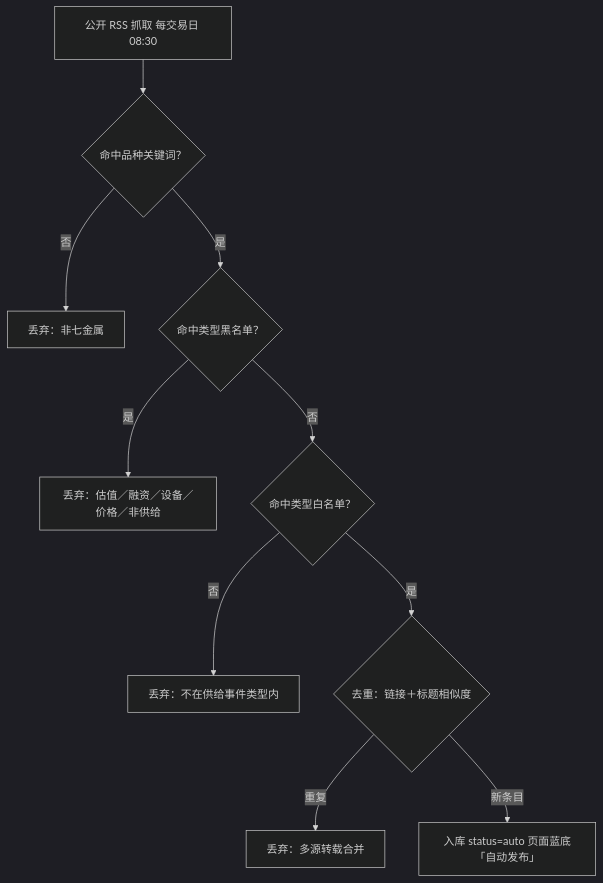
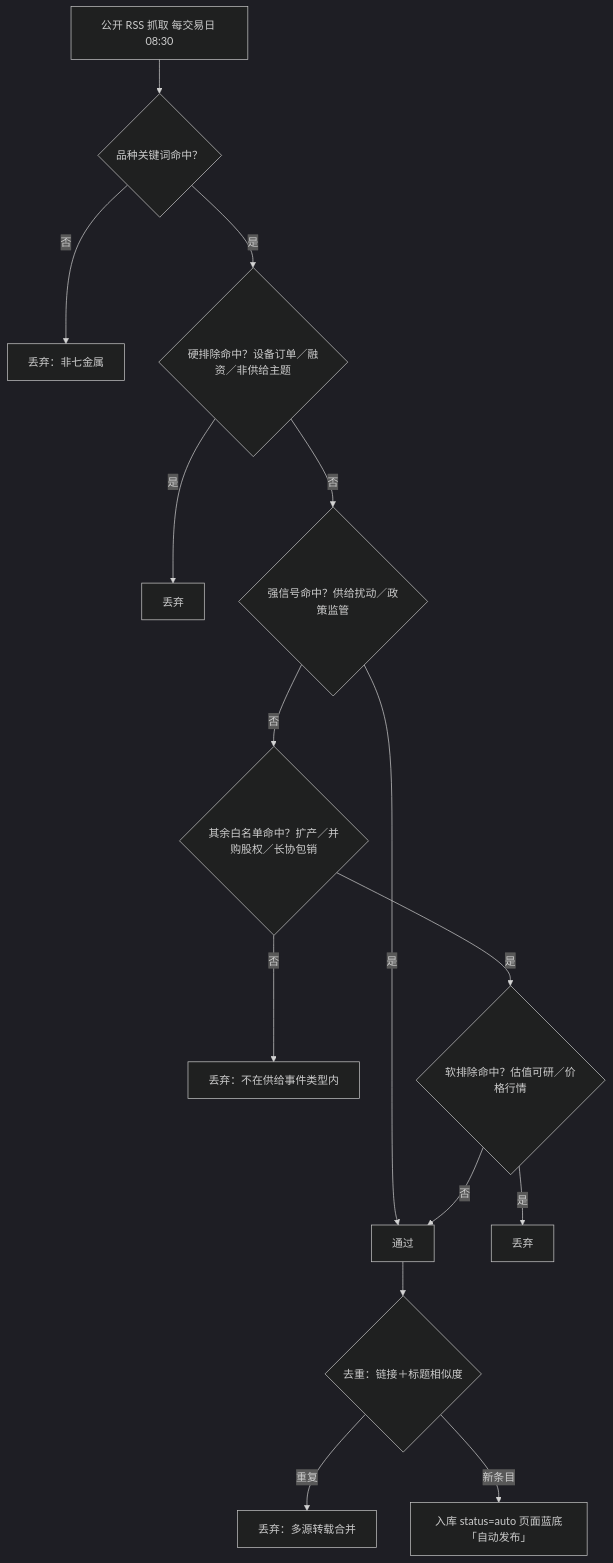
The diagram in 自动更新说明.md (xinyuzhao526-arch/PaiPaiMetals), drawn with Mermaid (dark theme) before and after one commit. The commit also changed other lines of this file and 3 other files, not shown here.

````diff
--- a/自动更新说明.md
+++ b/自动更新说明.md
@@ -62,12 +66,17 @@
 ```mermaid
 flowchart TD
-  A["公开 RSS 抓取 每交易日 08:30"] --> B{"命中品种关键词？"}
+  A["公开 RSS 抓取 每交易日 08:30"] --> B{"品种关键词命中？"}
   B -- "否" --> X["丢弃：非七金属"]
-  B -- "是" --> C{"命中类型黑名单？"}
-  C -- "是" --> Y["丢弃：估值／融资／设备／价格／非供给"]
-  C -- "否" --> D{"命中类型白名单？"}
-  D -- "否" --> Z["丢弃：不在供给事件类型内"]
-  D -- "是" --> E{"去重：链接＋标题相似度"}
-  E -- "重复" --> W["丢弃：多源转载合并"]
-  E -- "新条目" --> F["入库 status=auto 页面蓝底「自动发布」"]
+  B -- "是" --> C{"硬排除命中？设备订单／融资／非供给主题"}
+  C -- "是" --> Y["丢弃"]
+  C -- "否" --> D{"强信号命中？供给扰动／政策监管"}
+  D -- "是" --> F["通过"]
+  D -- "否" --> E{"其余白名单命中？扩产／并购股权／长协包销"}
+  E -- "否" --> Z["丢弃：不在供给事件类型内"]
+  E -- "是" --> G{"软排除命中？估值可研／价格行情"}
+  G -- "是" --> W["丢弃"]
+  G -- "否" --> F
+  F --> H{"去重：链接＋标题相似度"}
+  H -- "重复" --> V["丢弃：多源转载合并"]
+  H -- "新条目" --> I["入库 status=auto 页面蓝底「自动发布」"]
 ```
````
